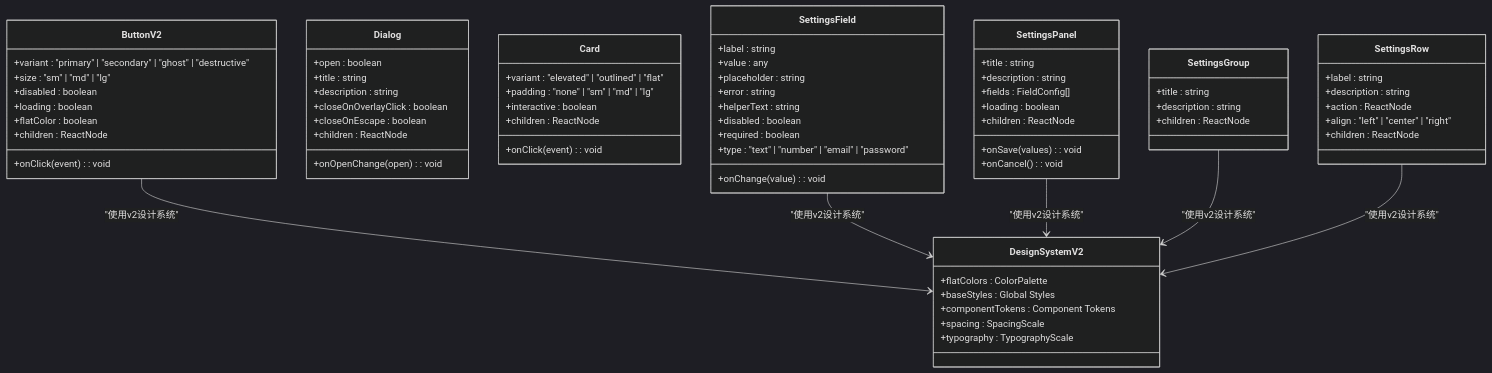
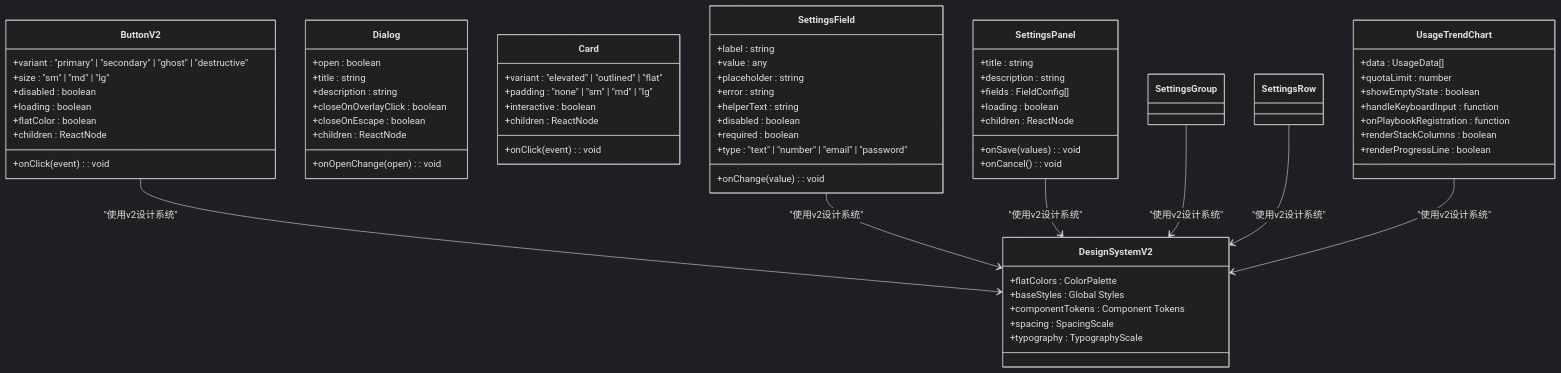
Before and after one commit to scottcwy/PurpleInk: the second of 6 diagrams in .qoder/repowiki/zh/content/前端架构/组件系统/基础UI组件.md, drawn with Mermaid (dark theme). The commit also changed other lines of this file and 23 other files, not shown here.

````diff
--- a/.qoder/repowiki/zh/content/前端架构/组件系统/基础UI组件.md
+++ b/.qoder/repowiki/zh/content/前端架构/组件系统/基础UI组件.md
@@ -118,72 +122,70 @@
 ```mermaid
 classDiagram
 class ButtonV2 {
 +variant : "primary" | "secondary" | "ghost" | "destructive"
 +size : "sm" | "md" | "lg"
 +disabled : boolean
 +loading : boolean
 +flatColor : boolean
 +onClick(event) : void
 +children : ReactNode
 }
 class Dialog {
 +open : boolean
 +onOpenChange(open) : void
 +title : string
 +description : string
 +closeOnOverlayClick : boolean
 +closeOnEscape : boolean
 +children : ReactNode
 }
 class Card {
 +variant : "elevated" | "outlined" | "flat"
 +padding : "none" | "sm" | "md" | "lg"
 +interactive : boolean
 +onClick(event) : void
 +children : ReactNode
 }
 class SettingsField {
 +label : string
 +value : any
 +onChange(value) : void
 +placeholder : string
 +error : string
 +helperText : string
 +disabled : boolean
 +required : boolean
 +type : "text" | "number" | "email" | "password"
 }
 class SettingsPanel {
 +title : string
 +description : string
 +fields : FieldConfig[]
 +onSave(values) : void
 +onCancel() : void
 +loading : boolean
 +children : ReactNode
 }
-class SettingsGroup {
-+title : string
-+description : string
-+children : ReactNode
-}
-class SettingsRow {
-+label : string
-+description : string
-+action : ReactNode
-+align : "left" | "center" | "right"
-+children : ReactNode
+class UsageTrendChart {
++data : UsageData[]
++quotaLimit : number
++showEmptyState : boolean
++handleKeyboardInput : function
++onPlaybookRegistration : function
++renderStackColumns : boolean
++renderProgressLine : boolean
 }
 class DesignSystemV2 {
 +flatColors : ColorPalette
 +baseStyles : Global Styles
 +componentTokens : Component Tokens
 +spacing : SpacingScale
 +typography : TypographyScale
 }
 ButtonV2 --> DesignSystemV2 : "使用v2设计系统"
 SettingsField --> DesignSystemV2 : "使用v2设计系统"
 SettingsPanel --> DesignSystemV2 : "使用v2设计系统"
 SettingsGroup --> DesignSystemV2 : "使用v2设计系统"
 SettingsRow --> DesignSystemV2 : "使用v2设计系统"
+UsageTrendChart --> DesignSystemV2 : "使用v2设计系统"
 ```
````
